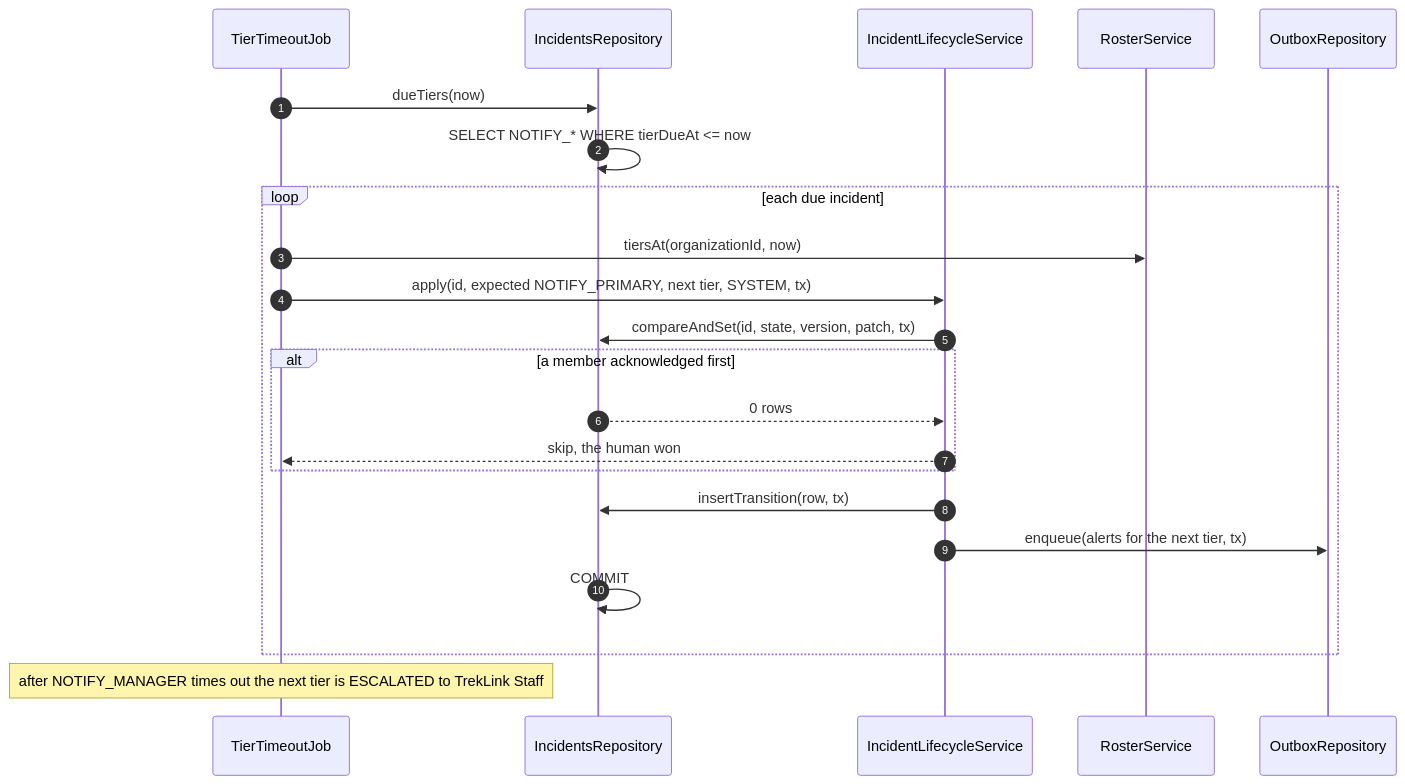
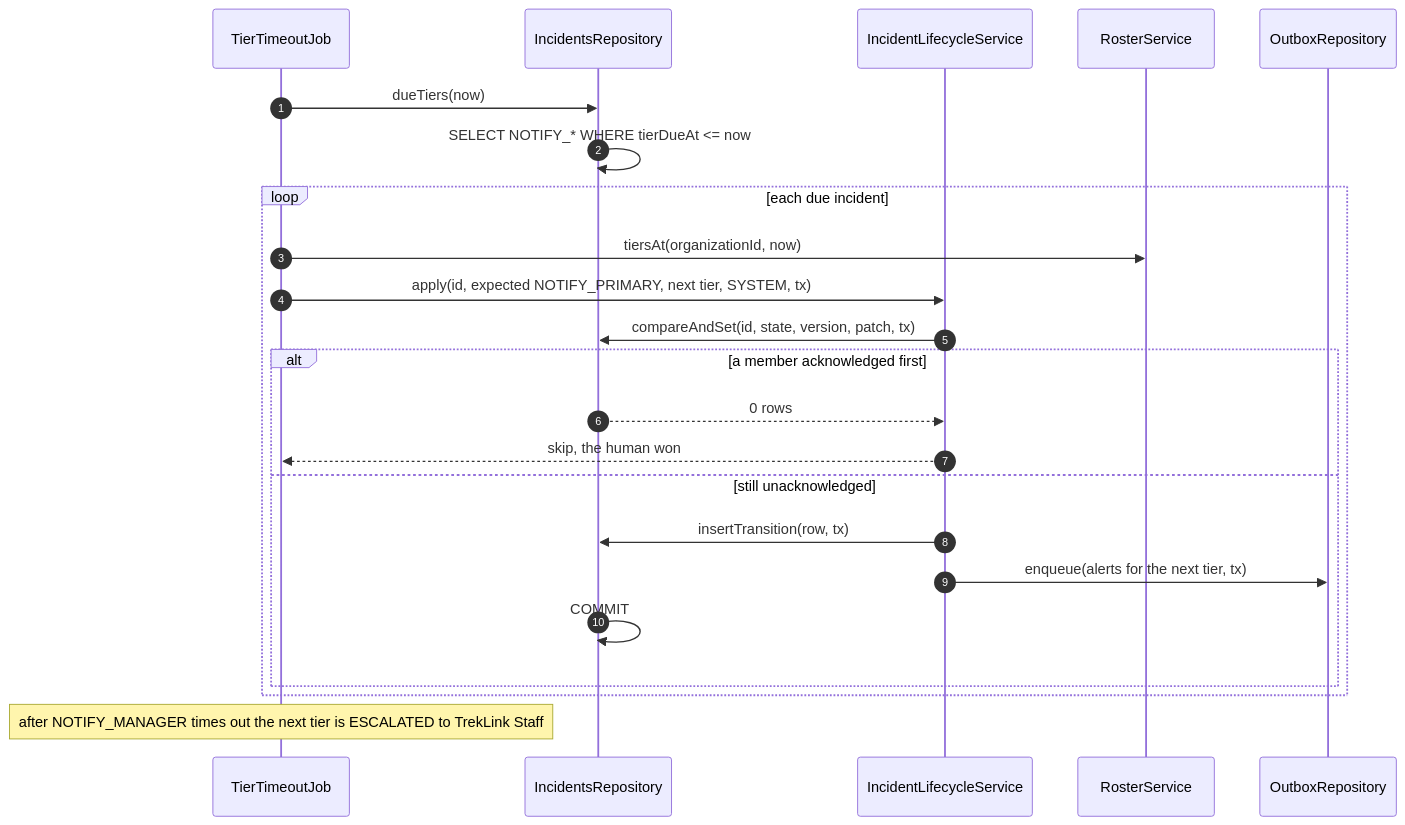
The seventh of 10 diagrams in specs/incidents/design.md (TrekLink-Team/treklink-web), drawn with Mermaid before and after one commit. The commit also changed other lines of this file and 39 other files, not shown here.

First line of the commit message:
docs: design periodic maintenance (D-047) and apply the SDD sequence conventions

````diff
--- a/specs/incidents/design.md
+++ b/specs/incidents/design.md
@@ -321,24 +322,25 @@
 ```mermaid
 sequenceDiagram
     autonumber
     participant J as TierTimeoutJob
     participant R as IncidentsRepository
     participant L as IncidentLifecycleService
     participant Os as RosterService
     participant Ob as OutboxRepository
     J->>R: dueTiers(now)
     R->>R: SELECT NOTIFY_* WHERE tierDueAt <= now
     loop each due incident
         J->>Os: tiersAt(organizationId, now)
         J->>L: apply(id, expected NOTIFY_PRIMARY, next tier, SYSTEM, tx)
         L->>R: compareAndSet(id, state, version, patch, tx)
         alt a member acknowledged first
             R-->>L: 0 rows
             L-->>J: skip, the human won
+        else still unacknowledged
+            L->>R: insertTransition(row, tx)
+            L->>Ob: enqueue(alerts for the next tier, tx)
+            R->>R: COMMIT
         end
-        L->>R: insertTransition(row, tx)
-        L->>Ob: enqueue(alerts for the next tier, tx)
-        R->>R: COMMIT
     end
     Note over J: after NOTIFY_MANAGER times out the next tier is ESCALATED to TrekLink Staff
 ```
````
